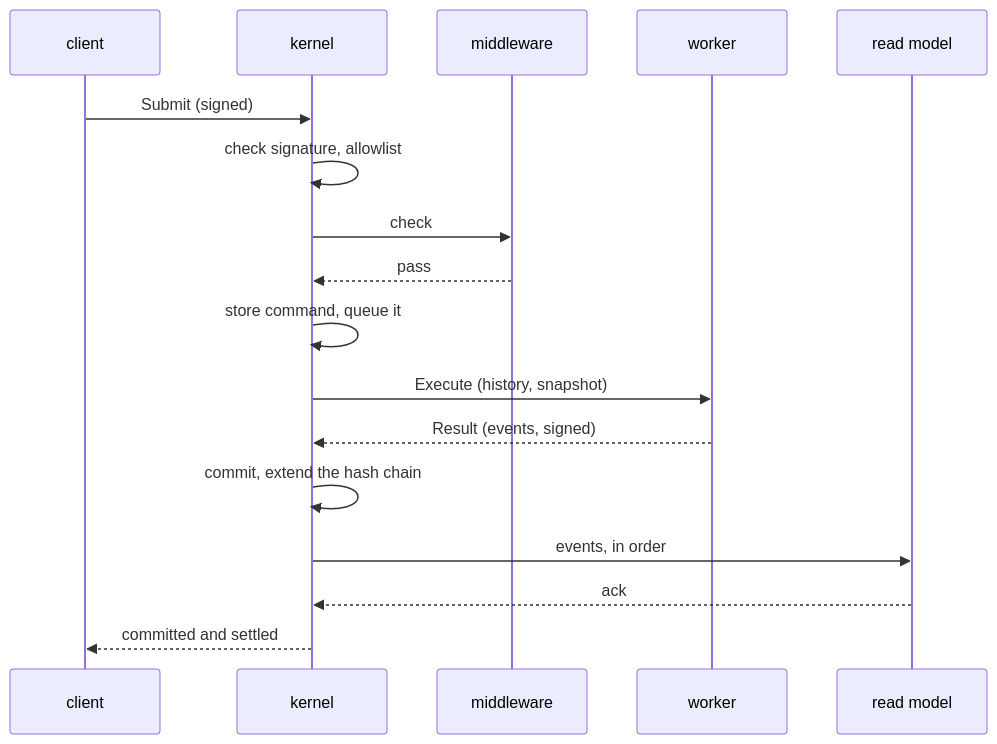
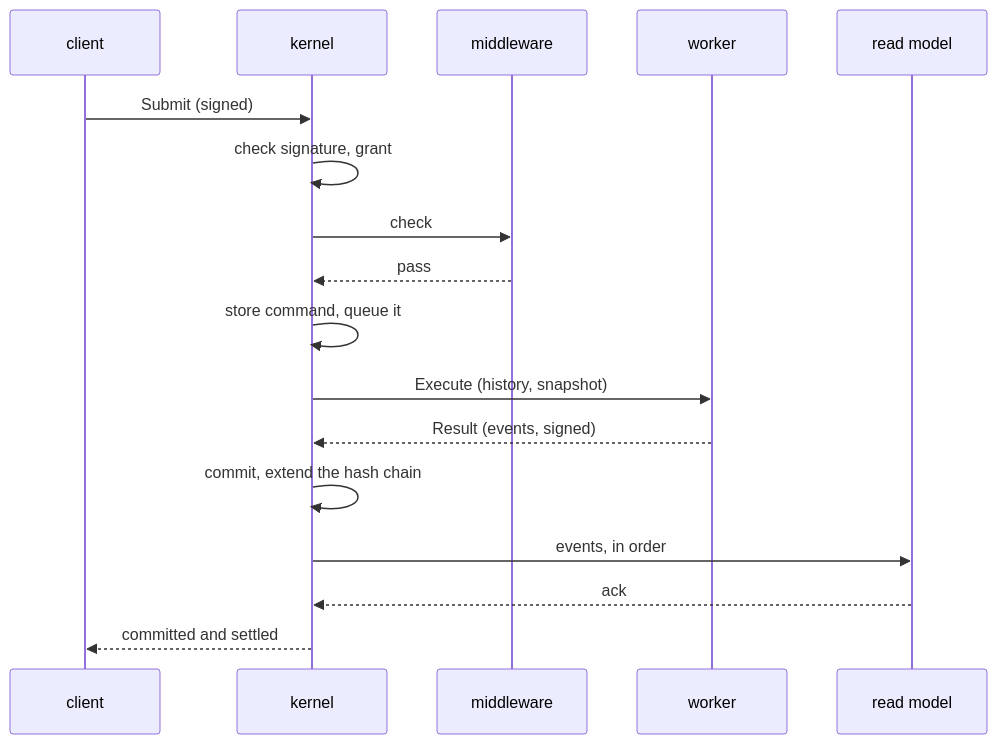
The second of 2 diagrams in docs/concepts/architecture.md (kernable/kernable), drawn with Mermaid before and after one commit. The commit also changed other lines of this file and 188 other files, not shown here.

````diff
--- a/docs/concepts/architecture.md
+++ b/docs/concepts/architecture.md
@@ -44,19 +44,19 @@
 ```mermaid
 sequenceDiagram
   participant C as client
   participant K as kernel
   participant M as middleware
   participant W as worker
   participant R as read model
   C->>K: Submit (signed)
-  K->>K: check signature, allowlist
+  K->>K: check signature, grant
   K->>M: check
   M-->>K: pass
   K->>K: store command, queue it
   K->>W: Execute (history, snapshot)
   W-->>K: Result (events, signed)
   K->>K: commit, extend the hash chain
   K->>R: events, in order
   R-->>K: ack
   K-->>C: committed and settled
 ```
````
